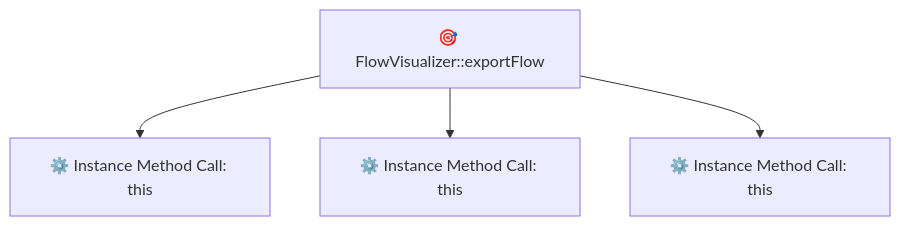
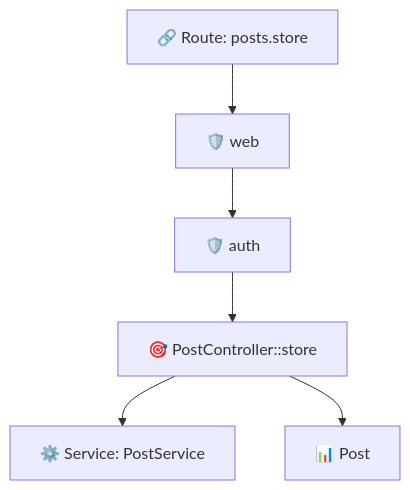
Before and after one commit to QuitScope/laravel-flow-tracer: the diagram in docs/examples/flow-example.mmd, drawn with Mermaid. The commit also changed 10 other files, not shown here.

```diff
--- a/docs/examples/flow-example.mmd
+++ b/docs/examples/flow-example.mmd
@@ -1,10 +1,14 @@
 graph TD
-    C0["🎯 FlowVisualizer::exportFlow"]
-    S1["⚙️ Instance Method Call: this"]
-    S2["⚙️ Instance Method Call: this"]
-    S3["⚙️ Instance Method Call: this"]
+    R0["🔗 Route: posts.store"]
+    M1["🛡️ web"]
+    M2["🛡️ auth"]
+    C3["🎯 PostController::store"]
+    S4["⚙️ Service: PostService"]
+    D5["📊 Post"]
 
     %% Connections
-    C0 --> S1
-    C0 --> S2
-    C0 --> S3
+    R0 --> M1
+    M1 --> M2
+    M2 --> C3
+    C3 --> S4
+    C3 --> D5
```
